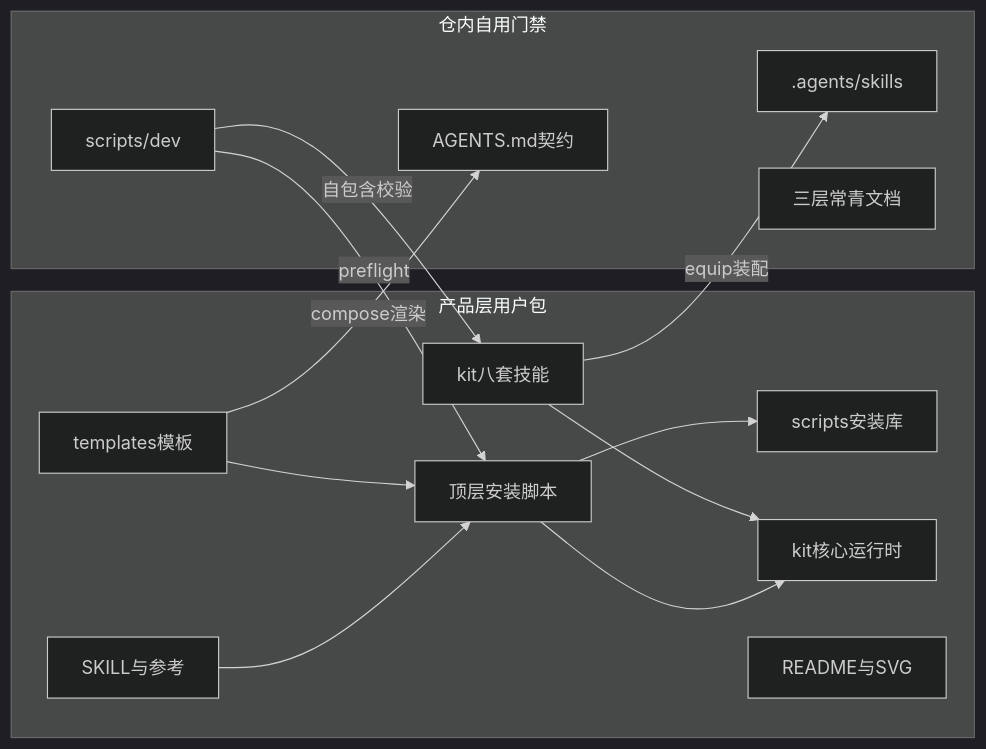
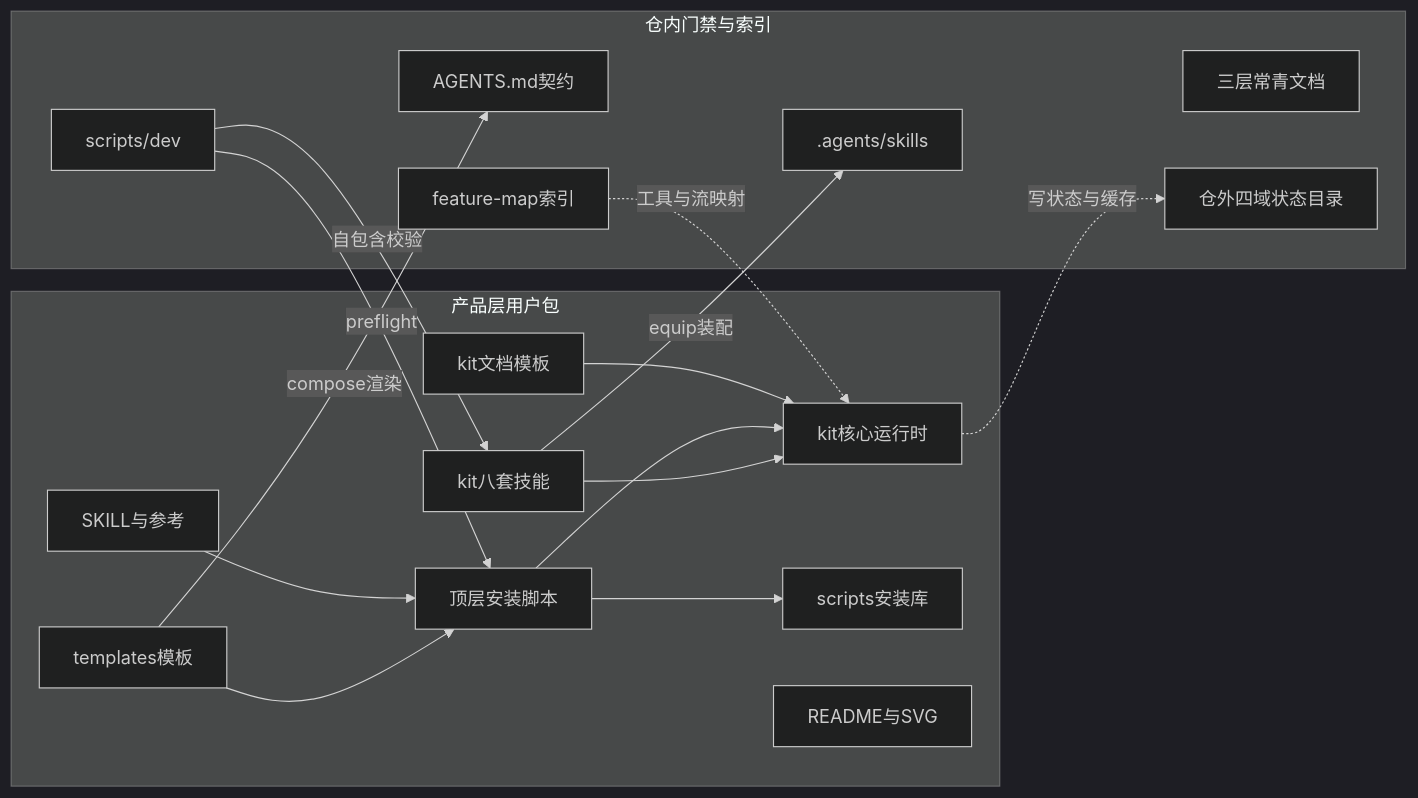
The first of 6 diagrams in docs/TDD.md (FiretrUCK666/project-forge), drawn with Mermaid (dark theme) before and after one commit. The commit also changed other lines of this file and 5 other files, not shown here.

````diff
--- a/docs/TDD.md
+++ b/docs/TDD.md
@@ -57,23 +57,28 @@
 ```mermaid
 flowchart LR
   subgraph Product["产品层用户包"]
     Entry["SKILL与参考"] --> CLI["顶层安装脚本"]
     Tpl["templates模板"] --> CLI
+    KitTpl["kit文档模板"] --> KitLib
     CLI --> ForgeLib["scripts安装库"]
     CLI --> KitLib["kit核心运行时"]
     Kit["kit八套技能"] --> KitLib
     Assets["README与SVG"]
   end
 
-  subgraph SelfUse["仓内自用门禁"]
+  subgraph SelfUse["仓内门禁与索引"]
     Equipped[".agents/skills"]
     HostCfg["AGENTS.md契约"]
     Docs["三层常青文档"]
+    FMap["feature-map索引"]
     DevSuite["scripts/dev"]
+    ExtState["仓外四域状态目录"]
   end
 
   Kit -- "equip装配" --> Equipped
   Tpl -- "compose渲染" --> HostCfg
   DevSuite -- "preflight" --> CLI
   DevSuite -- "自包含校验" --> Kit
+  KitLib -. "写状态与缓存" .-> ExtState
+  FMap -. "工具与流映射" .-> KitLib
 ```
````
